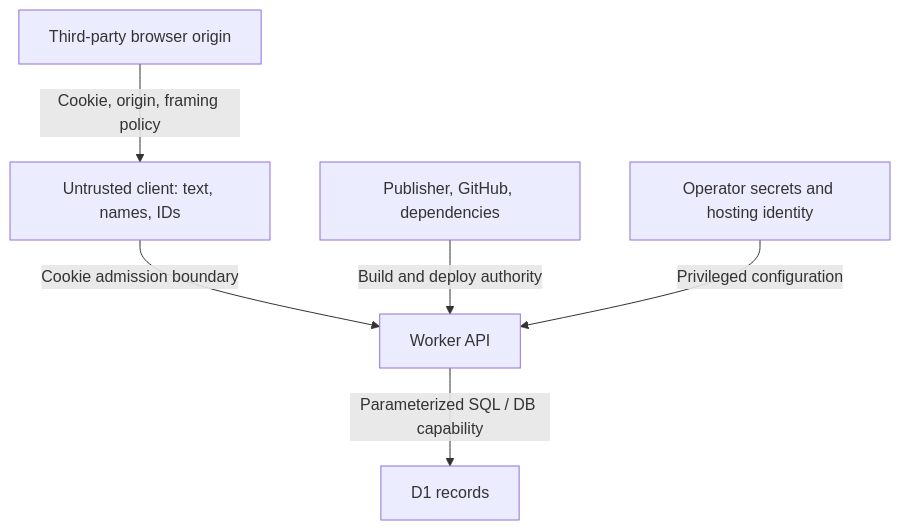
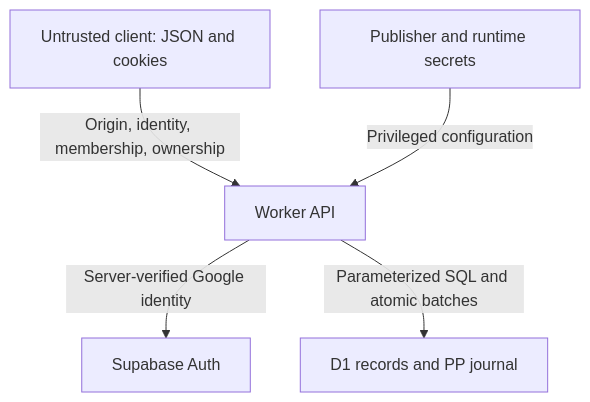
The diagram in docs/THREAT_MODEL.md (ktarafder/side-quest-ledger), drawn with Mermaid before and after one commit. The commit also changed other lines of this file and 42 other files, not shown here.

````diff
--- a/docs/THREAT_MODEL.md
+++ b/docs/THREAT_MODEL.md
@@ -48,8 +54,7 @@
 ```mermaid
 flowchart TD
-  U["Untrusted client: text, names, IDs"] -->|"Cookie admission boundary"| A["Worker API"]
-  A -->|"Parameterized SQL / DB capability"| D["D1 records"]
-  X["Third-party browser origin"] -->|"Cookie, origin, framing policy"| U
-  P["Publisher, GitHub, dependencies"] -->|"Build and deploy authority"| A
-  K["Operator secrets and hosting identity"] -->|"Privileged configuration"| A
+  U["Untrusted client: JSON and cookies"] -->|"Origin, identity, membership, ownership"| A["Worker API"]
+  A -->|"Server-verified Google identity"| S["Supabase Auth"]
+  A -->|"Parameterized SQL and atomic batches"| D["D1 records and PP journal"]
+  P["Publisher and runtime secrets"] -->|"Privileged configuration"| A
 ```
````
